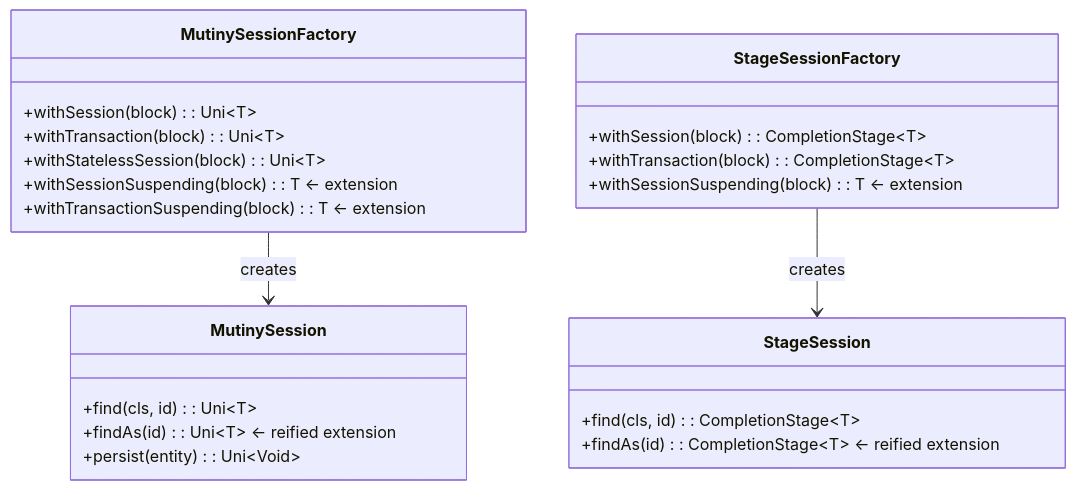
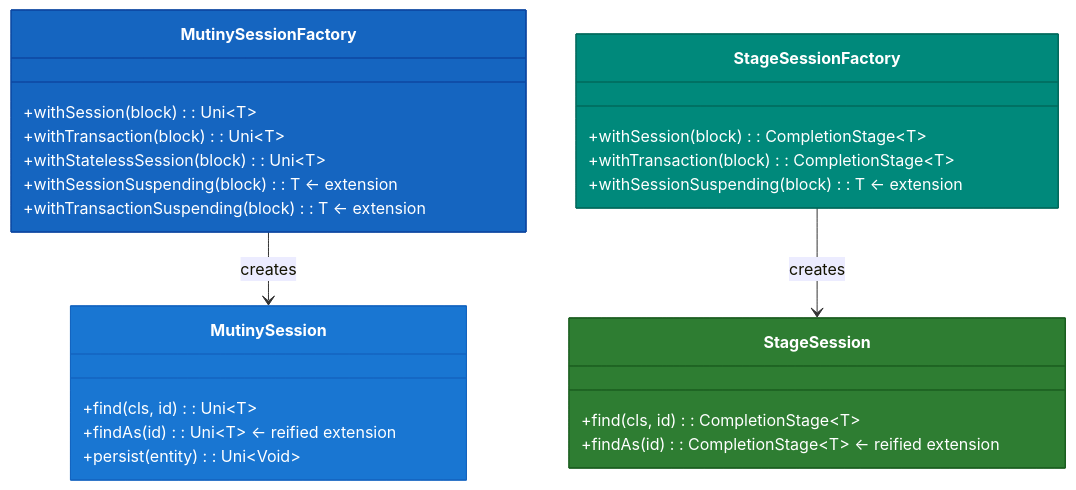
The third of 3 diagrams in data/hibernate-reactive/README.md (bluetape4k/bluetape4k-projects), drawn with Mermaid before and after one commit. The commit also changed other lines of this file and 221 other files, not shown here.

First line of the commit message:
docs: 전체 모듈 README UML 다이어그램 보강 및 색상 업그레이드

````diff
--- a/data/hibernate-reactive/README.md
+++ b/data/hibernate-reactive/README.md
@@ -129,27 +140,32 @@
 ```mermaid
 classDiagram
     class MutinySessionFactory {
         +withSession(block): Uni~T~
         +withTransaction(block): Uni~T~
         +withStatelessSession(block): Uni~T~
         +withSessionSuspending(block): T  ← extension
         +withTransactionSuspending(block): T  ← extension
     }
     class StageSessionFactory {
         +withSession(block): CompletionStage~T~
         +withTransaction(block): CompletionStage~T~
         +withSessionSuspending(block): T  ← extension
     }
     class MutinySession {
         +find(cls, id): Uni~T~
         +findAs(id): Uni~T~  ← reified extension
         +persist(entity): Uni~Void~
     }
     class StageSession {
         +find(cls, id): CompletionStage~T~
         +findAs(id): CompletionStage~T~  ← reified extension
     }
 
     MutinySessionFactory --> MutinySession : creates
     StageSessionFactory --> StageSession : creates
+
+    style MutinySessionFactory fill:#1565C0,stroke:#0D47A1,color:#FFFFFF
+    style StageSessionFactory fill:#00897B,stroke:#00695C,color:#FFFFFF
+    style MutinySession fill:#1976D2,stroke:#1565C0,color:#FFFFFF
+    style StageSession fill:#2E7D32,stroke:#1B5E20,color:#FFFFFF
 ```
````
